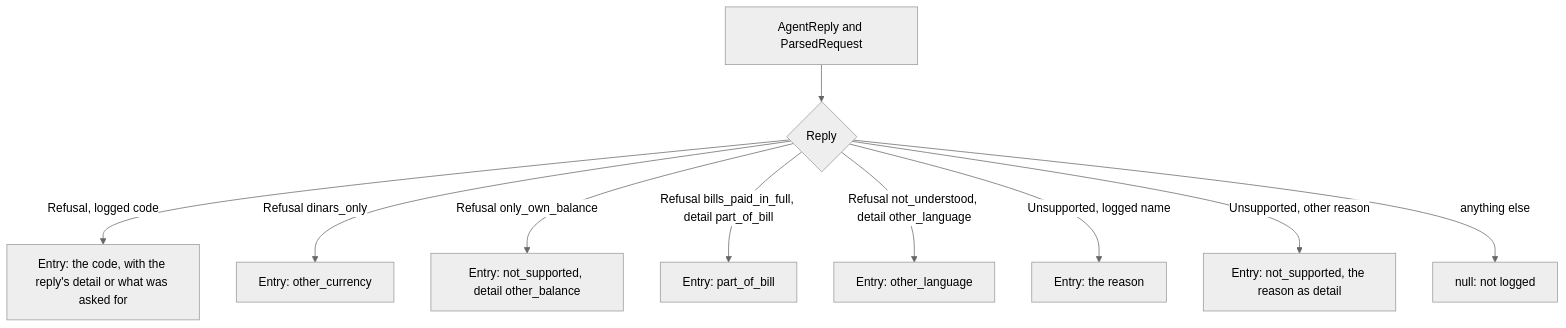
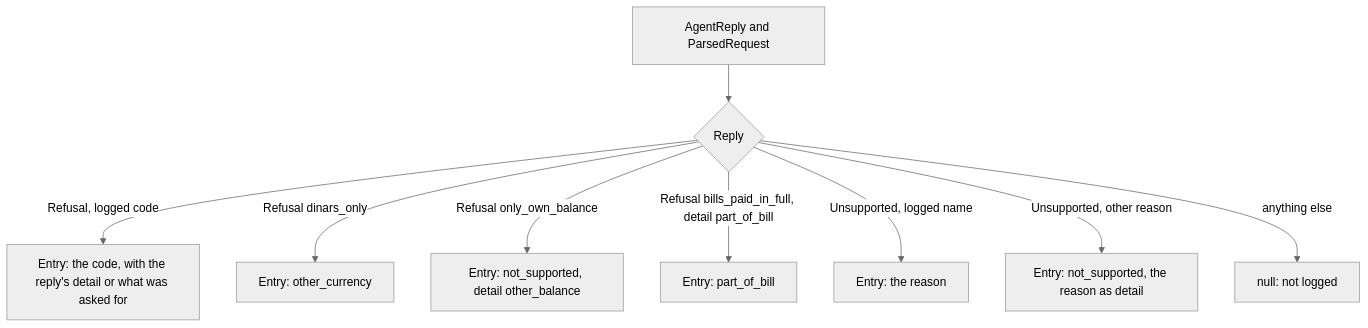
Before and after one commit to Khalil-Alhadidi/Naqoli: diagram 16 of 16 in docs/agent-core.md, drawn with Mermaid (neutral theme). The commit also changed other lines of this file and 7 other files, not shown here.

First line of the commit message:
feat(core): an unsupported request in another language shows Unsupported_other_language, not the not-understood string (Khalil, 17 Oct 2026); GAP-08 and ADD-23 keys follow

````diff
--- a/docs/agent-core.md
+++ b/docs/agent-core.md
@@ -774,12 +773,11 @@
 ```mermaid
 flowchart TD
     reply["AgentReply and ParsedRequest"] --> kind{"Reply"}
     kind -- "Refusal, logged code" --> logged["Entry: the code, with the reply's detail or what was asked for"]
     kind -- "Refusal dinars_only" --> currency["Entry: other_currency"]
     kind -- "Refusal only_own_balance" --> balance["Entry: not_supported, detail other_balance"]
     kind -- "Refusal bills_paid_in_full, detail part_of_bill" --> partial["Entry: part_of_bill"]
-    kind -- "Refusal not_understood, detail other_language" --> language["Entry: other_language"]
     kind -- "Unsupported, logged name" --> named["Entry: the reason"]
     kind -- "Unsupported, other reason" --> other["Entry: not_supported, the reason as detail"]
     kind -- "anything else" --> none["null: not logged"]
 ```
````
